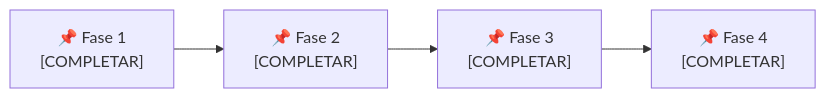
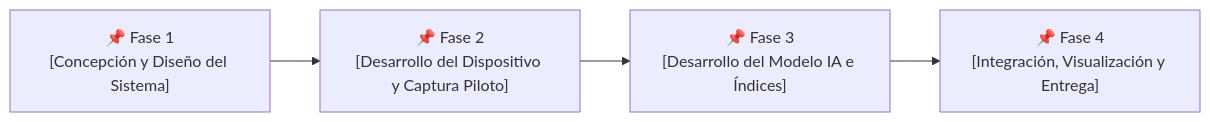
Before and after one commit to fatimalunazzz/GestionProyecto: the second of 2 diagrams in ciclo-de-vida.md, drawn with Mermaid. The commit also changed other lines of this file, not shown here.

````diff
--- a/ciclo-de-vida.md
+++ b/ciclo-de-vida.md
@@ -38,9 +36,9 @@
 ```mermaid
 flowchart LR
-    F1["📌 Fase 1\n[COMPLETAR]"]
-    F2["📌 Fase 2\n[COMPLETAR]"]
-    F3["📌 Fase 3\n[COMPLETAR]"]
-    F4["📌 Fase 4\n[COMPLETAR]"]
+    F1["📌 Fase 1\n[Concepción y Diseño del Sistema]"]
+    F2["📌 Fase 2\n[Desarrollo del Dispositivo y Captura Piloto]"]
+    F3["📌 Fase 3\n[Desarrollo del Modelo IA e Índices]"]
+    F4["📌 Fase 4\n[Integración, Visualización y Entrega]"]
 
     F1 --> F2 --> F3 --> F4
 ```
````
